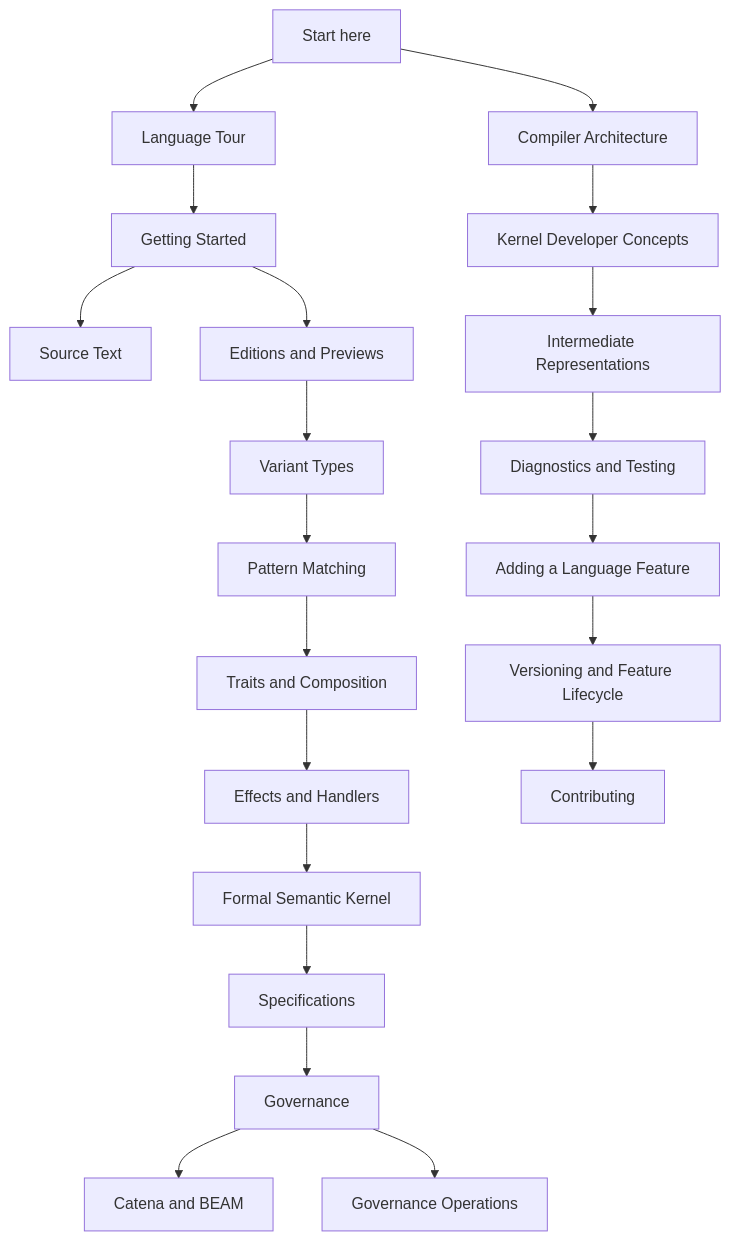
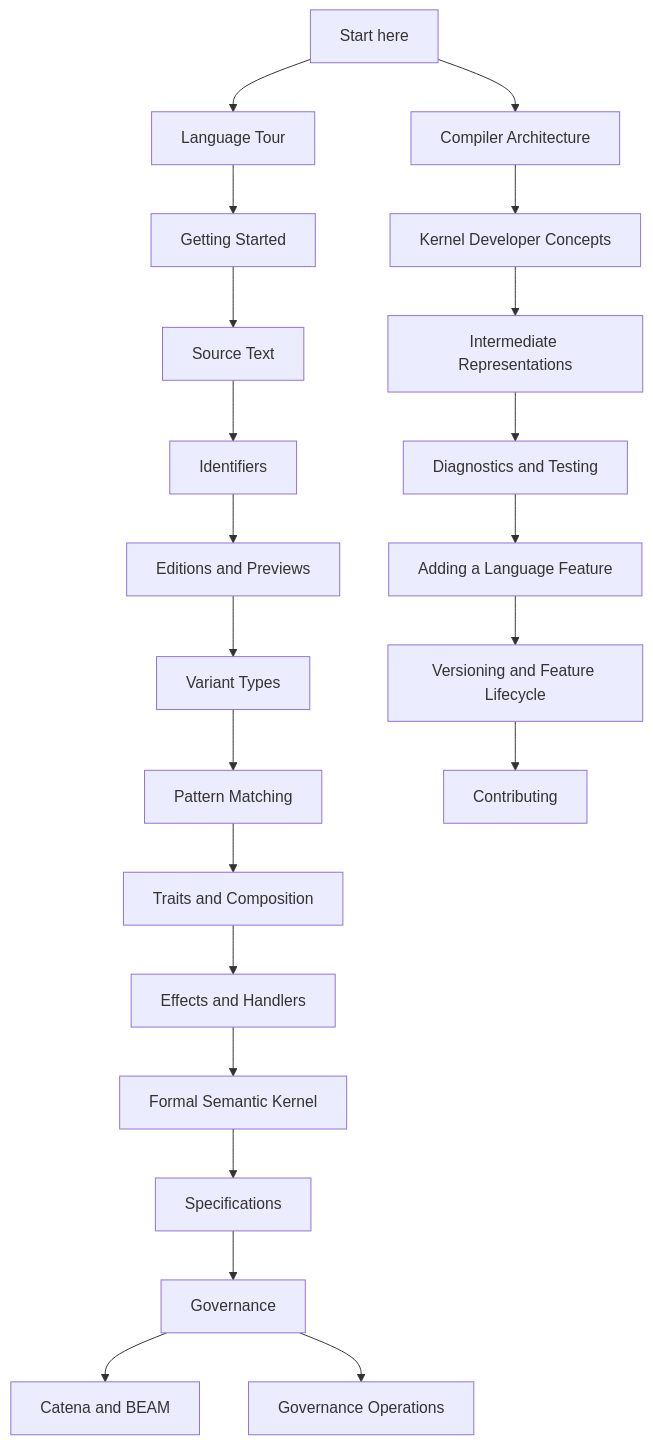
Before and after one commit to pcharbon70/catena: the diagram in guides/README.md, drawn with Mermaid. The commit also changed other lines of this file and 37 other files, not shown here.

````diff
--- a/guides/README.md
+++ b/guides/README.md
@@ -23,25 +23,26 @@
 ```mermaid
 flowchart TD
     Start[Start here] --> Tour[Language Tour]
     Tour --> First[Getting Started]
     First --> Text[Source Text]
-    First --> Editions[Editions and Previews]
+    Text --> Names[Identifiers]
+    Names --> Editions[Editions and Previews]
     Editions --> Data[Variant Types]
     Data --> Match[Pattern Matching]
     Match --> Traits[Traits and Composition]
     Traits --> Effects[Effects and Handlers]
     Effects --> Kernel[Formal Semantic Kernel]
     Kernel --> Specs[Specifications]
     Specs --> Gov[Governance]
     Gov --> Beam[Catena and BEAM]
 
     Gov --> Ops[Governance Operations]
 
     Start --> Dev[Compiler Architecture]
     Dev --> Concepts[Kernel Developer Concepts]
     Concepts --> IR[Intermediate Representations]
     IR --> Tests[Diagnostics and Testing]
     Tests --> Feature[Adding a Language Feature]
     Feature --> Lifecycle[Versioning and Feature Lifecycle]
     Lifecycle --> Contrib[Contributing]
 ```
````
